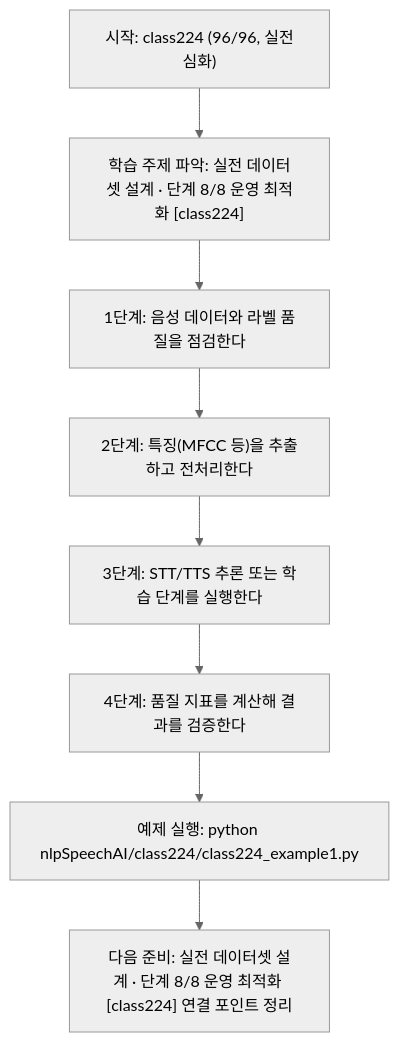
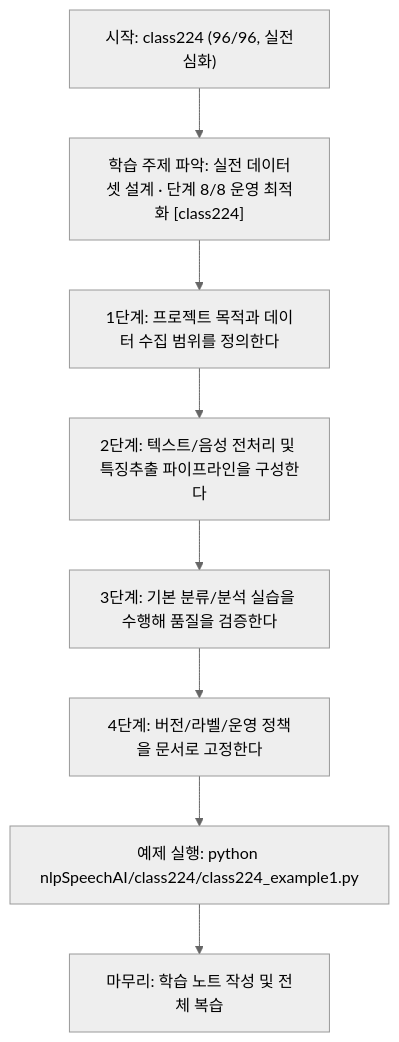
The diagram in nlpSpeechAI/class224/class224.md (edumgt/Python-AI_Agent-Class), drawn with Mermaid (neutral theme) before and after one commit. The commit also changed other lines of this file and 1122 other files, not shown here.

````diff
--- a/nlpSpeechAI/class224/class224.md
+++ b/nlpSpeechAI/class224/class224.md
@@ -114,18 +95,18 @@
 ```mermaid
 flowchart TD
 N1["시작: class224 (96/96, 실전심화)"]
 N2["학습 주제 파악: 실전 데이터셋 설계 · 단계 8/8 운영 최적화 [class224]"]
-N3["1단계: 음성 데이터와 라벨 품질을 점검한다"]
-N4["2단계: 특징(MFCC 등)을 추출하고 전처리한다"]
-N5["3단계: STT/TTS 추론 또는 학습 단계를 실행한다"]
-N6["4단계: 품질 지표를 계산해 결과를 검증한다"]
+N3["1단계: 프로젝트 목적과 데이터 수집 범위를 정의한다"]
+N4["2단계: 텍스트/음성 전처리 및 특징추출 파이프라인을 구성한다"]
+N5["3단계: 기본 분류/분석 실습을 수행해 품질을 검증한다"]
+N6["4단계: 버전/라벨/운영 정책을 문서로 고정한다"]
 N7["예제 실행: python nlpSpeechAI/class224/class224_example1.py"]
-N8["다음 준비: 실전 데이터셋 설계 · 단계 8/8 운영 최적화 [class224] 연결 포인트 정리"]
+N8["마무리: 학습 노트 작성 및 전체 복습"]
 N1 --> N2
 N2 --> N3
 N3 --> N4
 N4 --> N5
 N5 --> N6
 N6 --> N7
 N7 --> N8
 ```
````
